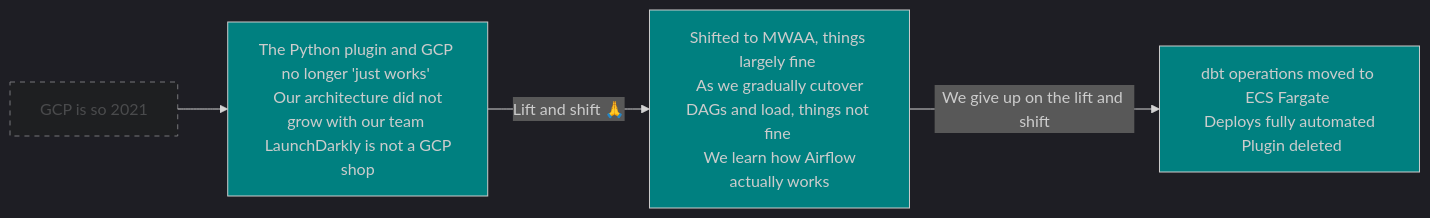
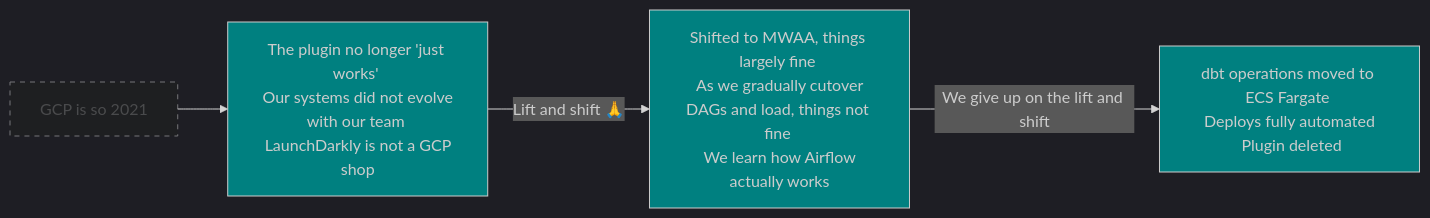
The fourth of 5 diagrams in slides.md (verhey/dbt-meetup-slides), drawn with Mermaid before and after one commit.

Commit message:
Revise LD GCP diagram slide

````diff
--- a/slides.md
+++ b/slides.md
@@ -487,12 +487,12 @@
 ```mermaid
 %%{init: {'theme':'dark'}}%%
 flowchart LR
    A[GCP is so 2021]:::inactive
-   --> B[The Python plugin and GCP no longer 'just works' \n Our architecture did not grow with our team \n LaunchDarkly is not a GCP shop]:::active
+   --> B[The plugin no longer 'just works' \n Our systems did not evolve with our team \n LaunchDarkly is not a GCP shop]:::active
    -- "Lift and shift 🙏"
    --> C[Shifted to MWAA, things largely fine \n As we gradually cutover DAGs and load, things not fine \n We learn how Airflow actually works]:::active
    -- We give up on the lift and shift
    --> D[dbt operations moved to ECS Fargate \n Deploys fully automated \n Plugin deleted]:::active
     classDef active fill:teal
     classDef inactive opacity:50%,stroke-dasharray: 5 5
 ```
````
